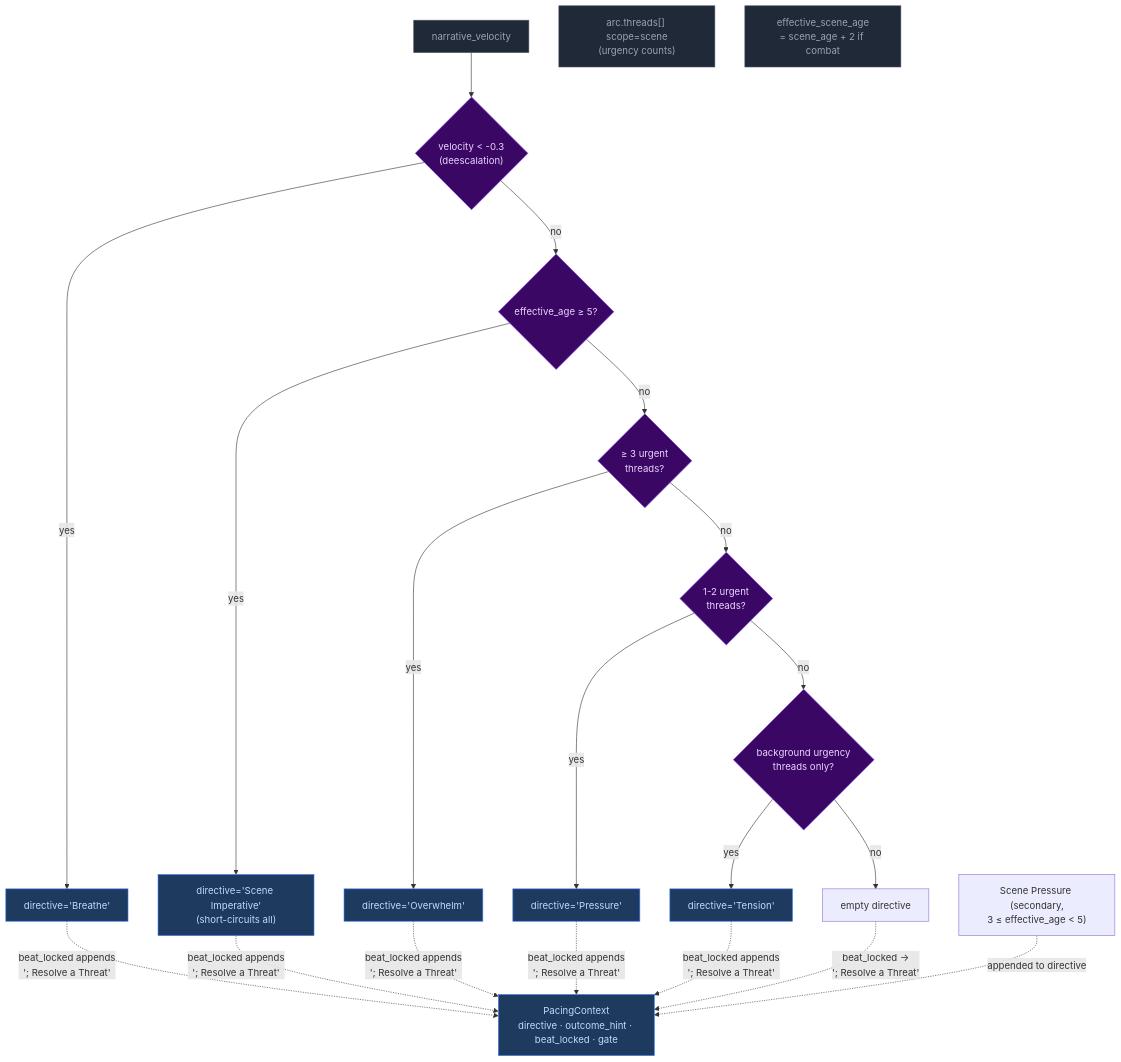
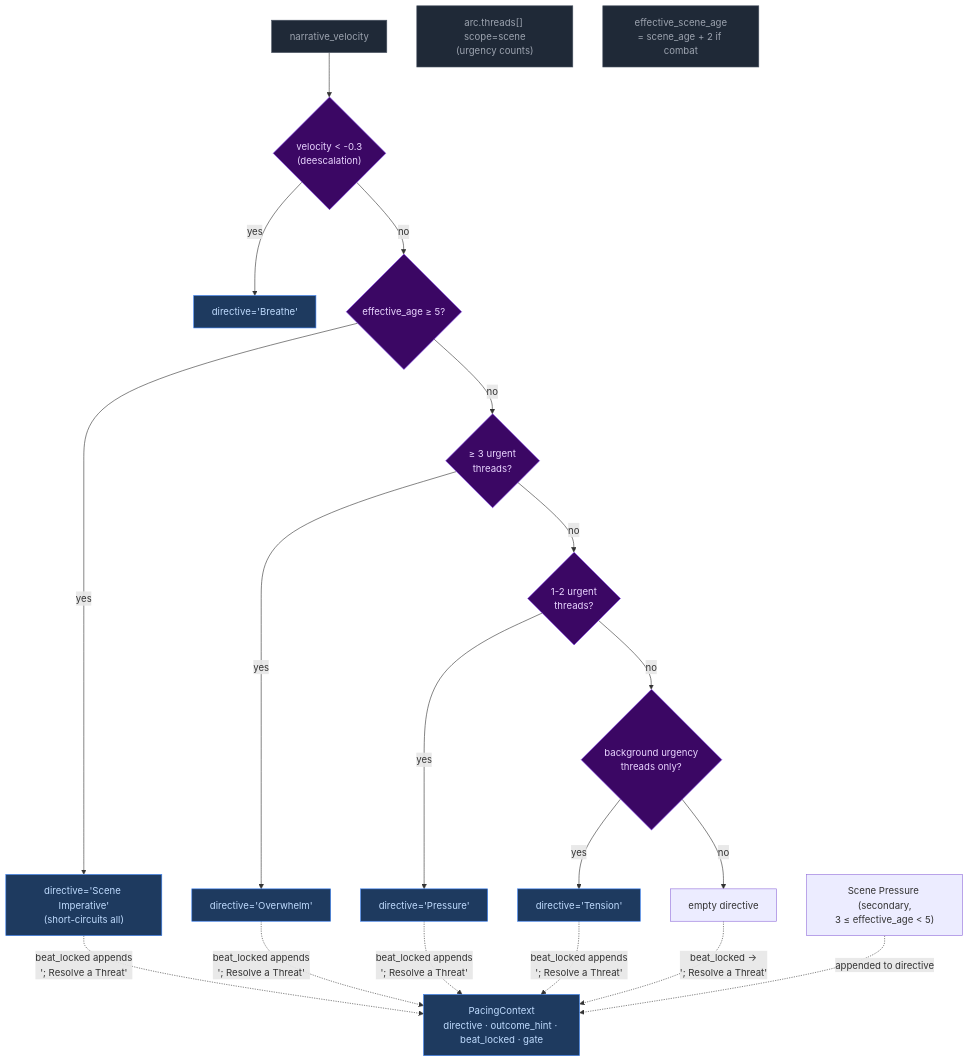
One commit to pww217/fablethread changed the second of 3 diagrams in docs/architecture/step0-ruling.md. Above: the diagram before and after it, drawn with Mermaid. The commit also changed other lines of this file and 2 other files, not shown here.

````diff
--- a/docs/architecture/step0-ruling.md
+++ b/docs/architecture/step0-ruling.md
@@ -79,37 +79,36 @@
 ```mermaid
 flowchart TD
     classDef pyNode fill:#1f2937,color:#9ca3af,stroke:#4b5563
     classDef decision fill:#3b0764,color:#e9d5ff,stroke:#7c3aed
     classDef output fill:#1e3a5f,color:#bfdbfe,stroke:#3b82f6
 
     V["narrative_velocity"]:::pyNode
     T["arc.threads[] scope=scene<br>(urgency counts)"]:::pyNode
     SA["effective_scene_age<br>= scene_age + 2 if combat"]:::pyNode
 
     V --> D1{"velocity < -0.3<br>(deescalation)"}:::decision
     D1 -- yes --> B1["directive='Breathe'"]:::output
     D1 -- no --> D2{"effective_age ≥ 5?"}:::decision
     D2 -- yes --> B2["directive='Scene Imperative'<br>(short-circuits all)"]:::output
     D2 -- no --> D3{"≥ 3 urgent<br>threads?"}:::decision
     D3 -- yes --> B3["directive='Overwhelm'"]:::output
     D3 -- no --> D4{"1-2 urgent<br>threads?"}:::decision
     D4 -- yes --> B4["directive='Pressure'"]:::output
     D4 -- no --> D5{"background urgency<br>threads only?"}:::decision
     D5 -- yes --> B5["directive='Tension'"]:::output
     D5 -- no --> D6["empty directive"]
 
     SEC2["Scene Pressure (secondary,<br>3 ≤ effective_age < 5)"]
 
     FINAL["PacingContext<br>directive · outcome_hint · beat_locked · gate"]:::output
 
-    B1 -. "beat_locked appends<br>'; Resolve a Threat'" .-> FINAL
     B2 -. "beat_locked appends<br>'; Resolve a Threat'" .-> FINAL
     B3 -. "beat_locked appends<br>'; Resolve a Threat'" .-> FINAL
     B4 -. "beat_locked appends<br>'; Resolve a Threat'" .-> FINAL
     B5 -. "beat_locked appends<br>'; Resolve a Threat'" .-> FINAL
     D6 -. "beat_locked →<br>'; Resolve a Threat'" .-> FINAL
 
     SEC2 -. "appended to directive" .-> FINAL
 
     style B2 fill:#1e3a5f,color:#bfdbfe,stroke:#3b82f6
 ```
````
